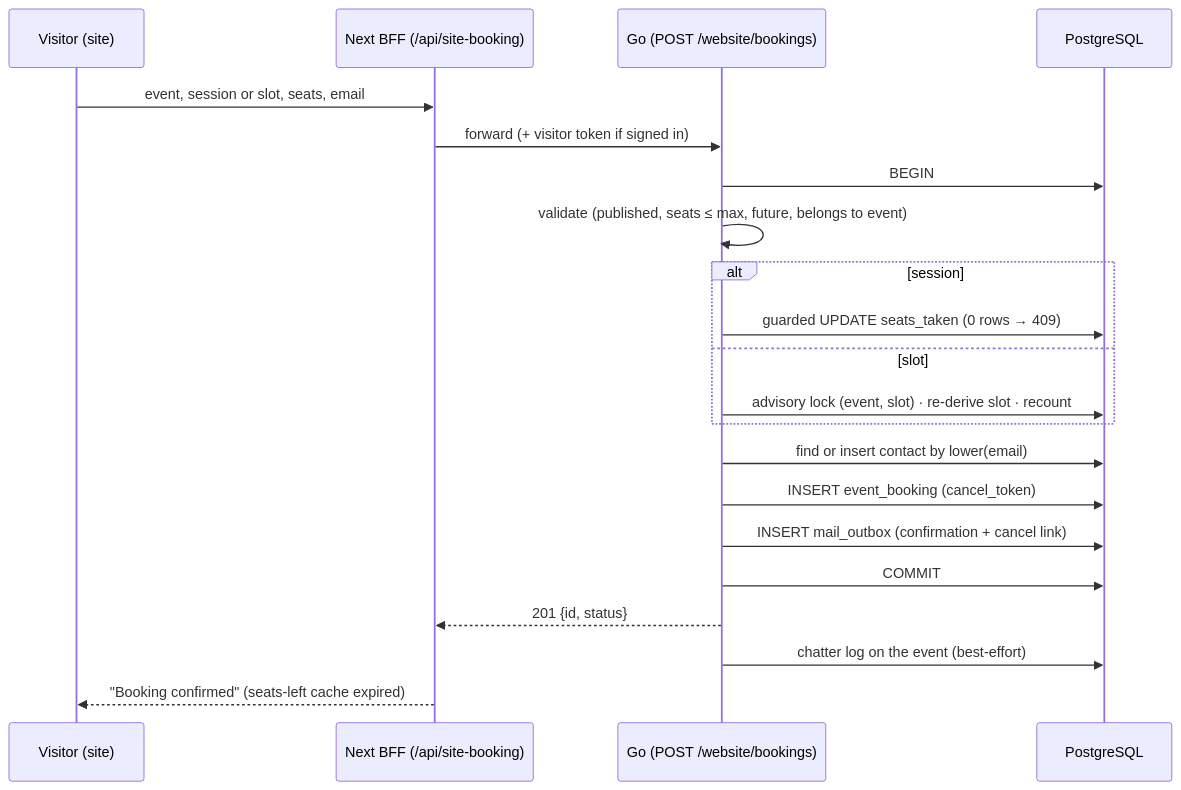
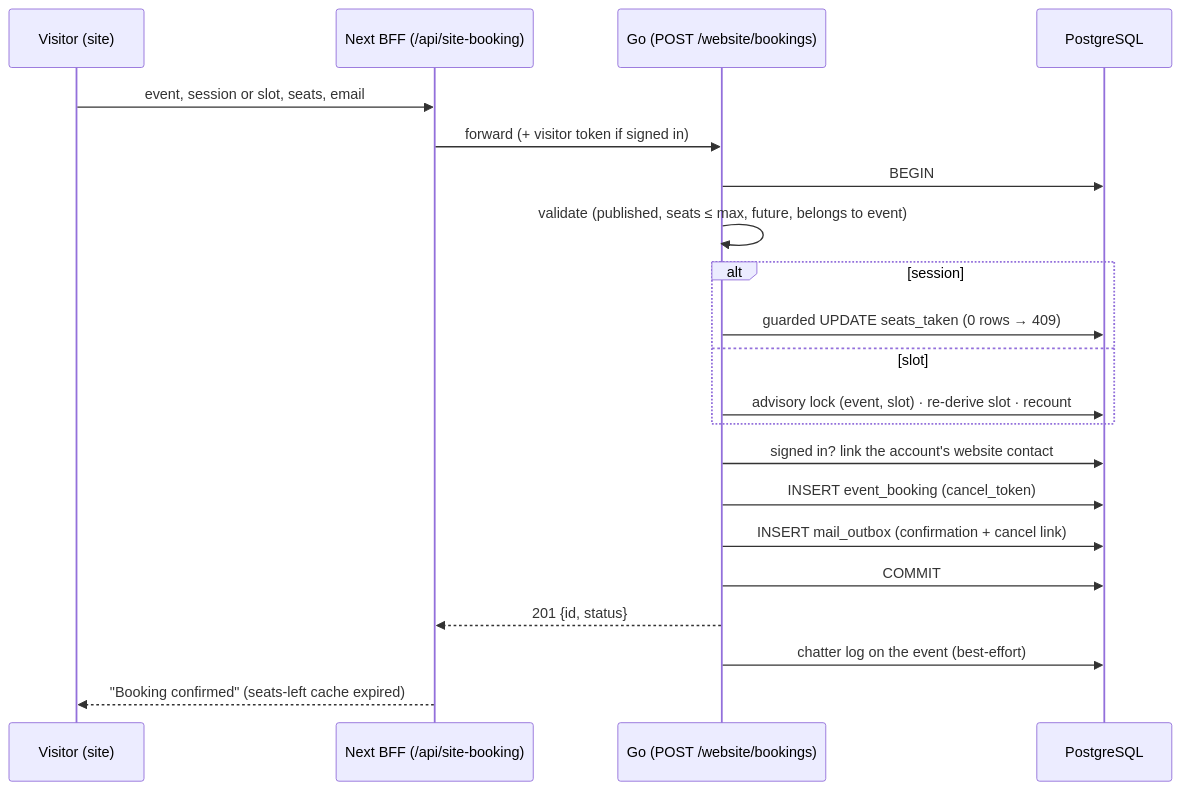
The diagram in docs/adr/ADR-026-booking-capacity.md (noiia/EERP), drawn with Mermaid before and after one commit. The commit also changed other lines of this file and 12 other files, not shown here.

First line of the commit message:
feat(contact): website signup creates a website contact; only account bookings link a contact

````diff
--- a/docs/adr/ADR-026-booking-capacity.md
+++ b/docs/adr/ADR-026-booking-capacity.md
@@ -41,23 +42,23 @@
 ```mermaid
 sequenceDiagram
     participant V as Visitor (site)
     participant N as Next BFF (/api/site-booking)
     participant G as Go (POST /website/bookings)
     participant DB as PostgreSQL
     V->>N: event, session or slot, seats, email
     N->>G: forward (+ visitor token if signed in)
     G->>DB: BEGIN
     G->>G: validate (published, seats ≤ max, future, belongs to event)
     alt session
         G->>DB: guarded UPDATE seats_taken (0 rows → 409)
     else slot
         G->>DB: advisory lock (event, slot) · re-derive slot · recount
     end
-    G->>DB: find or insert contact by lower(email)
+    G->>DB: signed in? link the account's website contact
     G->>DB: INSERT event_booking (cancel_token)
     G->>DB: INSERT mail_outbox (confirmation + cancel link)
     G->>DB: COMMIT
     G-->>N: 201 {id, status}
     G->>DB: chatter log on the event (best-effort)
     N-->>V: "Booking confirmed" (seats-left cache expired)
 ```
````
